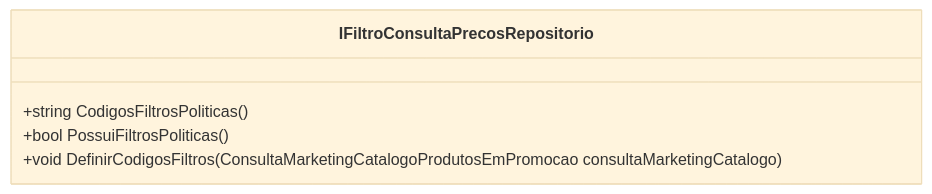
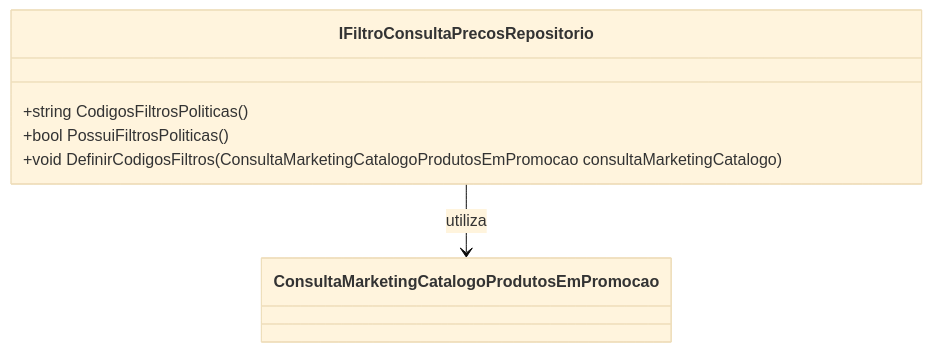
The diagram in docs/b2b-dominio/IsthmusWinthor.Nucleo/IsthmusWinthor.Dominio/Interfaces/IFiltroConsultaPrecosRepositorio.md (IsthmusSistemas/documentacao-tecnica), drawn with Mermaid (base theme) before and after one commit. The commit also changed other lines of this file and 882 other files, not shown here.

````diff
--- a/docs/b2b-dominio/IsthmusWinthor.Nucleo/IsthmusWinthor.Dominio/Interfaces/IFiltroConsultaPrecosRepositorio.md
+++ b/docs/b2b-dominio/IsthmusWinthor.Nucleo/IsthmusWinthor.Dominio/Interfaces/IFiltroConsultaPrecosRepositorio.md
@@ -28,8 +45,11 @@
 ```mermaid
 classDiagram
     class IFiltroConsultaPrecosRepositorio {
         +string CodigosFiltrosPoliticas()
         +bool PossuiFiltrosPoliticas()
         +void DefinirCodigosFiltros(ConsultaMarketingCatalogoProdutosEmPromocao consultaMarketingCatalogo)
     }
-```
+    class ConsultaMarketingCatalogoProdutosEmPromocao {
+    }
+    IFiltroConsultaPrecosRepositorio --> ConsultaMarketingCatalogoProdutosEmPromocao : utiliza
+``` 
````
